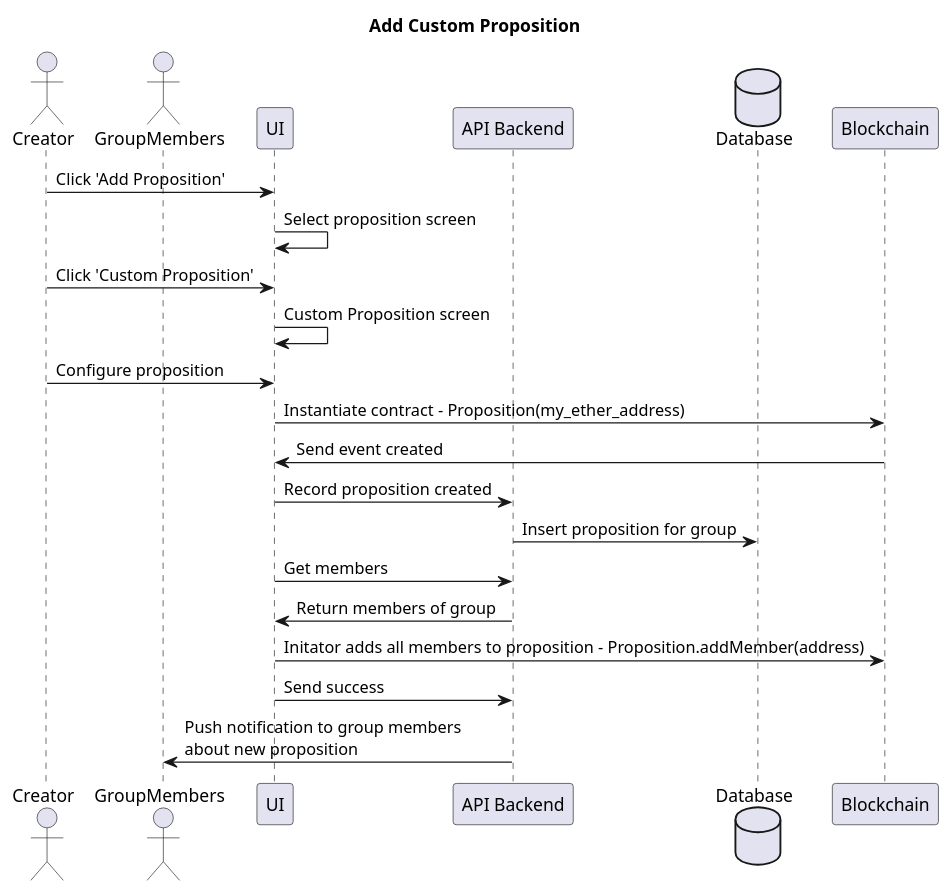
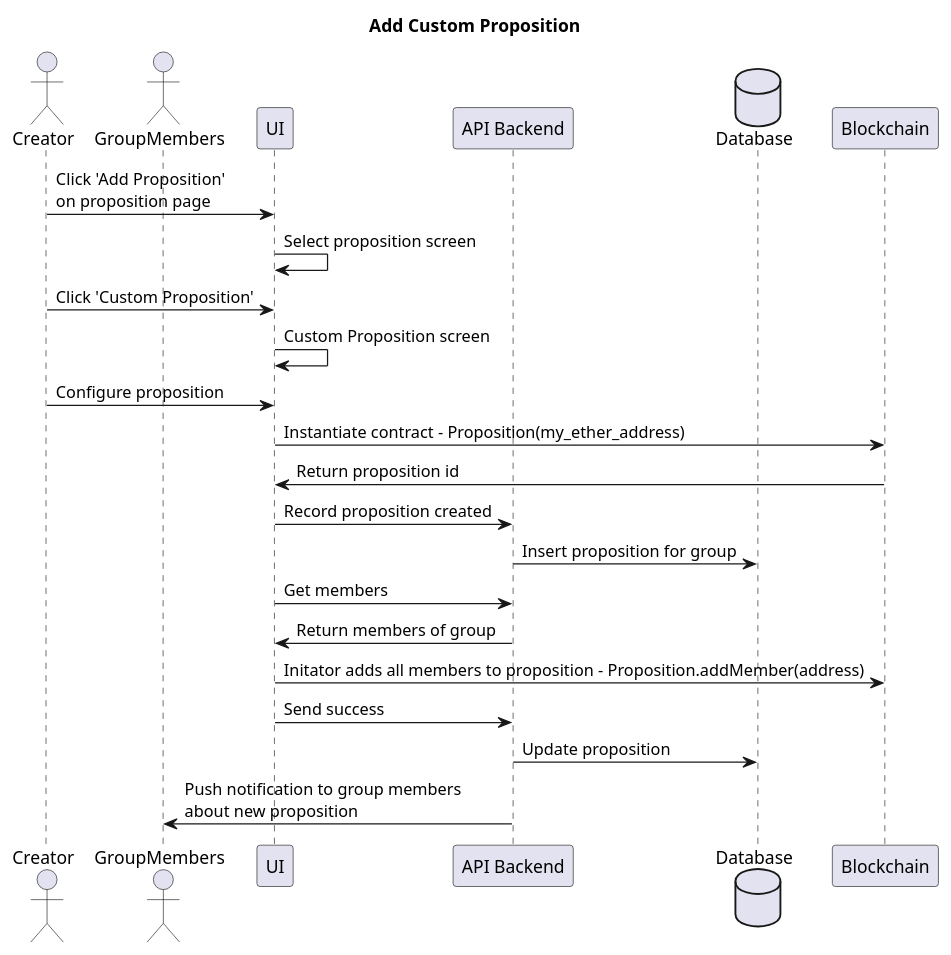
The diagram in Diagrams/UserStories/add_new_prop.puml (adhurjaty/prediction-app), drawn with PlantUML before and after one commit. The commit also changed 8 other files, not shown here.

Commit message:
updates diagrams

```diff
--- a/Diagrams/UserStories/add_new_prop.puml
+++ b/Diagrams/UserStories/add_new_prop.puml
@@ -1,27 +1,28 @@
 @startuml Add Custom Proposition
 
 title Add Custom Proposition
 
 actor Creator as creator
 actor GroupMembers as member
 participant UI as ui
 participant "API Backend" as api
 database Database as db
 participant Blockchain as bc
 
-creator -> ui : Click 'Add Proposition'
+creator -> ui : Click 'Add Proposition'\non proposition page
 ui -> ui : Select proposition screen
 creator -> ui : Click 'Custom Proposition'
 ui -> ui : Custom Proposition screen
 creator -> ui : Configure proposition
 ui -> bc: Instantiate contract - Proposition(my_ether_address)
-bc -> ui : Send event created
+bc -> ui : Return proposition id
 ui -> api : Record proposition created
 api -> db : Insert proposition for group 
 ui -> api : Get members
 api -> ui: Return members of group
 ui -> bc: Initator adds all members to proposition - Proposition.addMember(address)
 ui -> api : Send success
+api -> db : Update proposition
 api -> member: Push notification to group members \nabout new proposition
 
 @enduml
```
